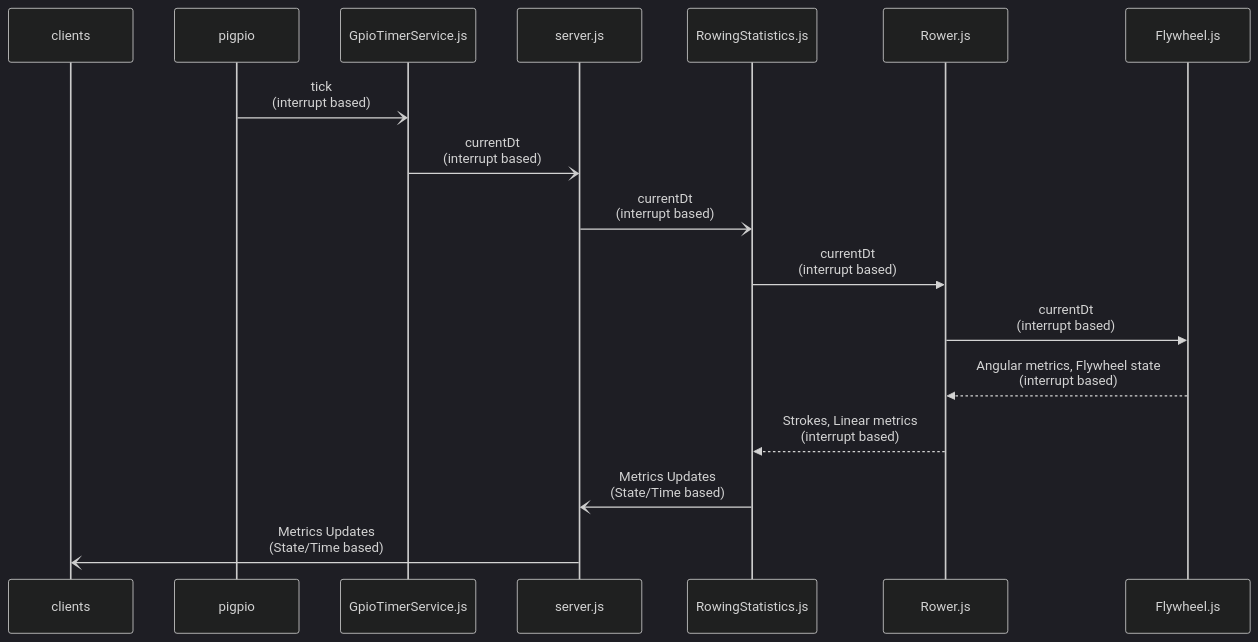
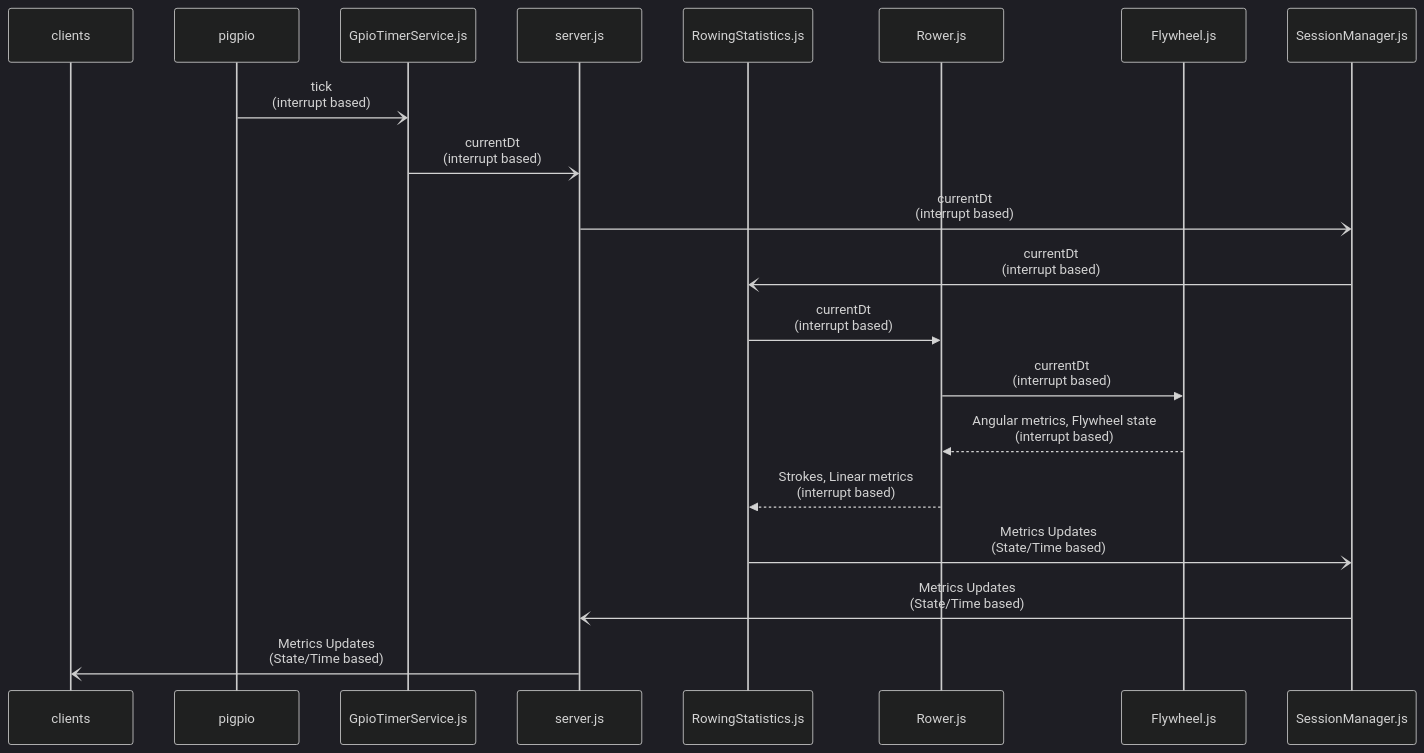
One commit to JaapvanEkris/openrowingmonitor changed the second of 6 diagrams in docs/Architecture.md. Above: the diagram before and after it, drawn with Mermaid (dark theme). The commit also changed other lines of this file, not shown here.

Commit message:
Update Architecture.md
Update to respect new SessionManager

````diff
--- a/docs/Architecture.md
+++ b/docs/Architecture.md
@@ -44,19 +44,21 @@
 ```mermaid
 sequenceDiagram
   participant clients
   participant pigpio
   participant GpioTimerService.js
   participant server.js
   participant RowingStatistics.js
   participant Rower.js
   participant Flywheel.js
   pigpio -)GpioTimerService.js: tick<br>(interrupt based)
   GpioTimerService.js-)server.js: currentDt<br>(interrupt based)
-  server.js-)RowingStatistics.js: currentDt<br>(interrupt based)
+  server.js-)SessionManager.js: currentDt<br>(interrupt based)
+  SessionManager.js-)RowingStatistics.js: currentDt<br>(interrupt based)
   RowingStatistics.js->>Rower.js: currentDt<br>(interrupt based)
   Rower.js->>Flywheel.js: currentDt<br>(interrupt based)
   Flywheel.js-->>Rower.js: Angular metrics, Flywheel state<br>(interrupt based)
   Rower.js-->>RowingStatistics.js: Strokes, Linear metrics<br>(interrupt based)
-  RowingStatistics.js-)server.js: Metrics Updates<br>(State/Time based)
+  RowingStatistics.js-)SessionManager.js: Metrics Updates<br>(State/Time based)
+  SessionManager.js-)server.js: Metrics Updates<br>(State/Time based)
   server.js-)clients: Metrics Updates<br>(State/Time based)
 ```
````
